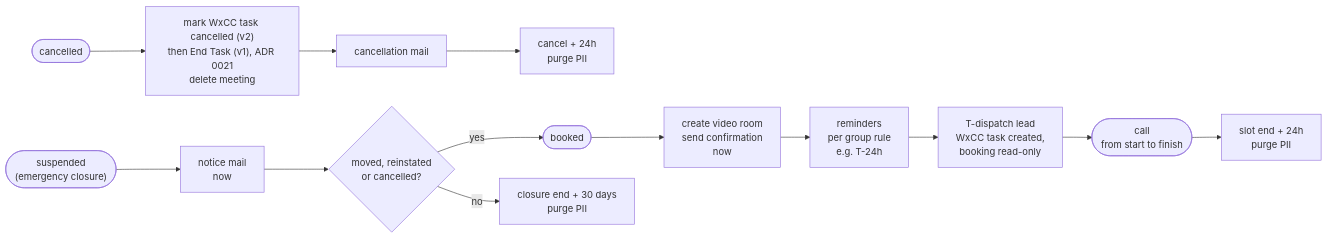
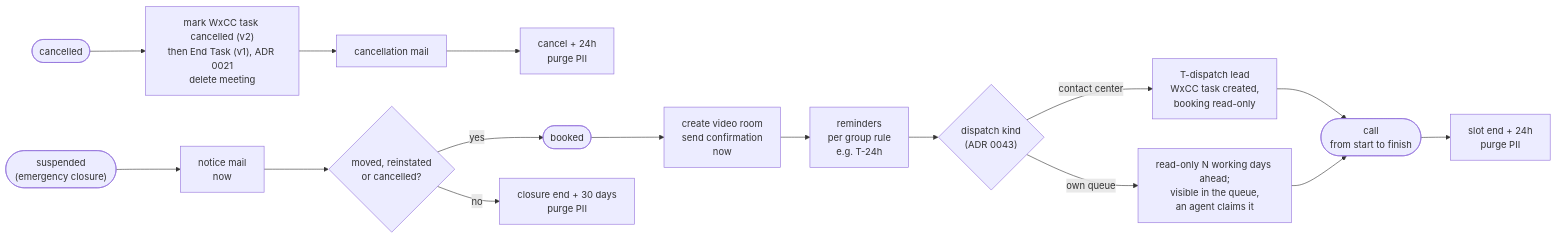
The eighth of 14 diagrams in docs/architecture.md (3Corners-Labs/OpenPlanner), drawn with Mermaid before and after one commit. The commit also changed other lines of this file and 55 other files, not shown here.

First line of the commit message:
feat(queue): OpenPlanner's own queue with claim and release (ADR 0043 step 2)

````diff
--- a/docs/architecture.md
+++ b/docs/architecture.md
@@ -469,16 +479,19 @@
 ```mermaid
 flowchart LR
     book(["booked"]) --> confirm["create video room<br/>send confirmation<br/>now"]
     confirm --> remind["reminders<br/>per group rule<br/>e.g. T-24h"]
-    remind --> dispatch["T-dispatch lead<br/>WxCC task created,<br/>booking read-only"]
+    remind --> kind{"dispatch kind<br/>(ADR 0043)"}
+    kind -->|contact center| dispatch["T-dispatch lead<br/>WxCC task created,<br/>booking read-only"]
+    kind -->|own queue| claim["read-only N working days ahead;<br/>visible in the queue,<br/>an agent claims it"]
     dispatch --> meeting(["call<br/>from start to finish"])
+    claim --> meeting
     meeting --> purge["slot end + 24h<br/>purge PII"]
 
     cancel(["cancelled"]) --> cend["mark WxCC task cancelled (v2)<br/>then End Task (v1), ADR 0021<br/>delete meeting"] --> cmail["cancellation mail"] --> cpurge["cancel + 24h<br/>purge PII"]
 
     hold(["suspended<br/>(emergency closure)"]) --> hmail["notice mail<br/>now"]
     hmail --> resolve{"moved, reinstated<br/>or cancelled?"}
     resolve -->|yes| book
     resolve -->|no| hpurge["closure end + 30 days<br/>purge PII"]
 
 ```
````
